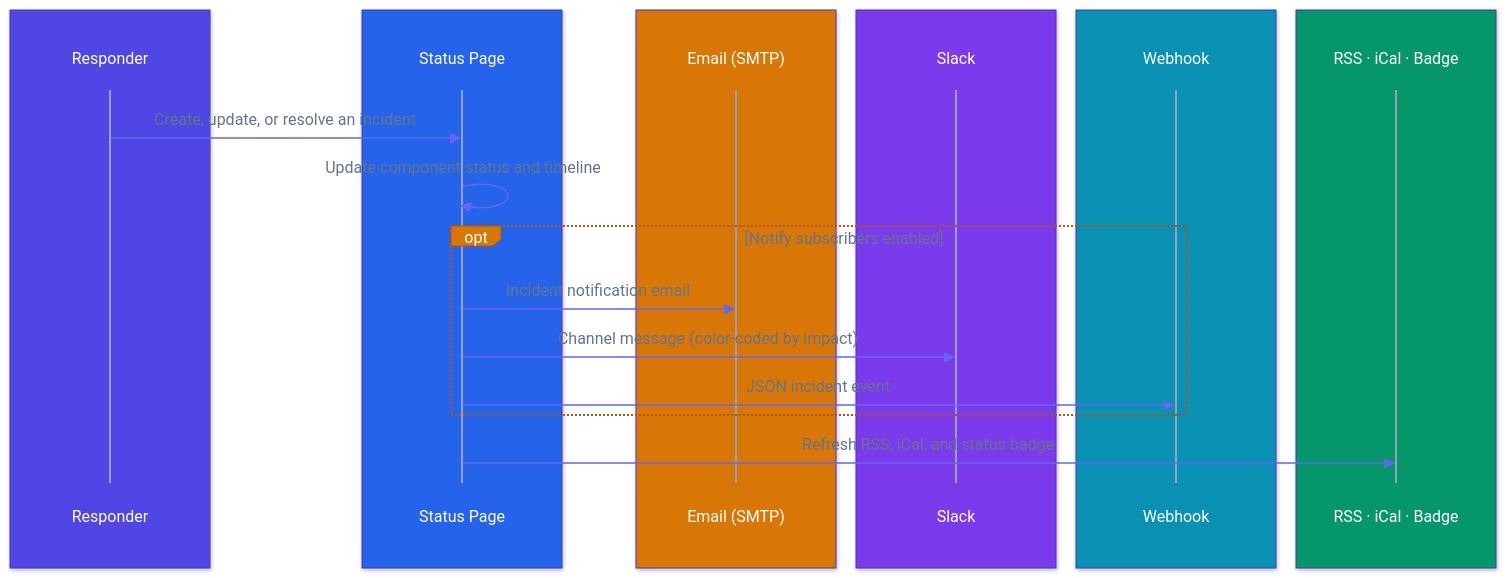
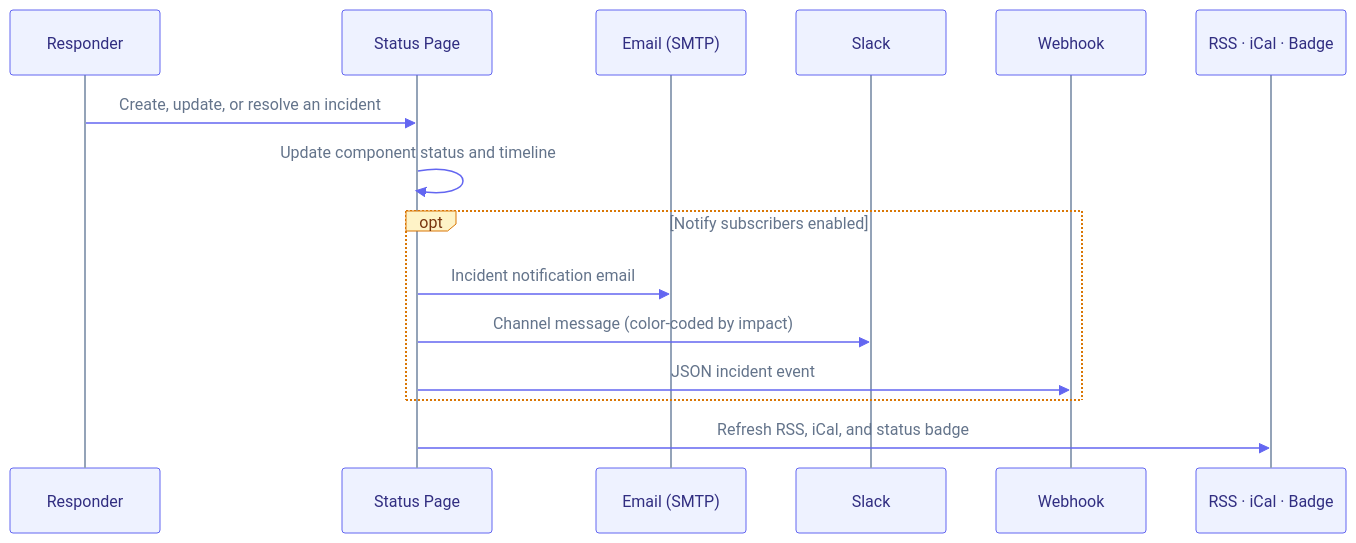
One commit to supercheck-io/supercheck changed the second of 3 diagrams in docs/content/docs/app/communicate/status-pages.mdx. Above: the diagram before and after it, drawn with Mermaid. The commit also changed 11 other files, not shown here.

First line of the commit message:
docs: clean up sequence diagram colors and readability

````diff
--- a/docs/content/docs/app/communicate/status-pages.mdx
+++ b/docs/content/docs/app/communicate/status-pages.mdx
@@ -339,31 +339,19 @@
 ```mermaid
-%%{init: {"theme":"base","themeVariables":{"fontFamily":"ui-sans-serif, system-ui, -apple-system, Segoe UI, Roboto, sans-serif","primaryColor":"#6366f1","primaryTextColor":"#ffffff","primaryBorderColor":"#4338ca","lineColor":"#94a3b8","actorBkg":"transparent","actorBorder":"transparent","actorTextColor":"#ffffff","actorLineColor":"#94a3b8","signalColor":"#6366f1","signalTextColor":"#64748b","labelBoxBkgColor":"#d97706","labelBoxBorderColor":"#b45309","labelTextColor":"#ffffff","loopTextColor":"#64748b","activationBkgColor":"#7c3aed","activationBorderColor":"#6d28d9","noteBkgColor":"#d97706","noteBorderColor":"#b45309","noteTextColor":"#ffffff","textColor":"#64748b","mainBkg":"#ffffff"}}}%%
+%%{init: {"theme":"base","themeVariables":{"fontFamily":"ui-sans-serif, system-ui, -apple-system, Segoe UI, Roboto, sans-serif","actorBkg":"#eef2ff","actorBorder":"#6366f1","actorTextColor":"#312e81","actorLineColor":"#94a3b8","signalColor":"#6366f1","signalTextColor":"#64748b","labelBoxBkgColor":"#fef3c7","labelBoxBorderColor":"#d97706","labelTextColor":"#78350f","loopTextColor":"#64748b","activationBkgColor":"#ddd6fe","activationBorderColor":"#7c3aed","noteBkgColor":"#fef3c7","noteBorderColor":"#d97706","noteTextColor":"#78350f","textColor":"#64748b","lineColor":"#94a3b8","mainBkg":"transparent"}}}%%
 sequenceDiagram
-    box rgb(79,70,229)
-        participant Team as Responder
-    end
-    box rgb(37,99,235)
-        participant Page as Status Page
-    end
-    box rgb(217,119,6)
-        participant Email as Email (SMTP)
-    end
-    box rgb(124,58,237)
-        participant Slack as Slack
-    end
-    box rgb(8,145,178)
-        participant Hook as Webhook
-    end
-    box rgb(5,150,105)
-        participant Feed as RSS · iCal · Badge
-    end
+    participant Team as Responder
+    participant Page as Status Page
+    participant Email as Email (SMTP)
+    participant Slack as Slack
+    participant Hook as Webhook
+    participant Feed as RSS · iCal · Badge
 
     Team->>Page: Create, update, or resolve an incident
     Page->>Page: Update component status and timeline
     opt Notify subscribers enabled
         Page->>Email: Incident notification email
         Page->>Slack: Channel message (color-coded by impact)
         Page->>Hook: JSON incident event
     end
     Page->>Feed: Refresh RSS, iCal, and status badge
 ```
````
